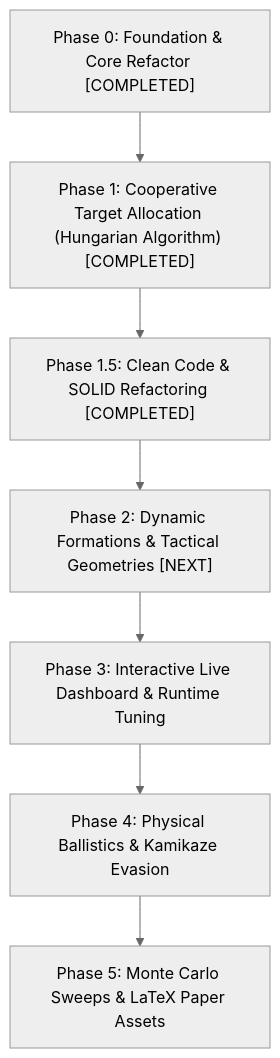
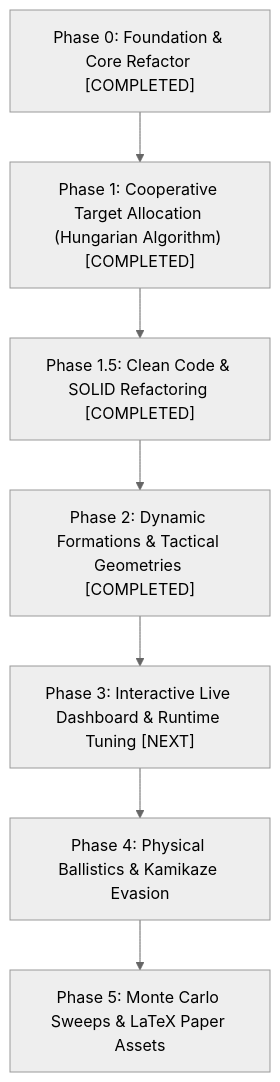
Before and after one commit to luizgiacomossi/Simulation_Wingman: the diagram in ROADMAP.md, drawn with Mermaid (neutral theme). The commit also changed other lines of this file and 6 other files, not shown here.

Commit message:
feat(formations): complete Phase 2 dynamic formations, hotkeys, and Hungarian re-formation (STEP 2.1-2.3)

````diff
--- a/ROADMAP.md
+++ b/ROADMAP.md
@@ -9,9 +9,9 @@
 ```mermaid
 flowchart TD
     P0["Phase 0: Foundation & Core Refactor [COMPLETED]"] --> P1["Phase 1: Cooperative Target Allocation (Hungarian Algorithm) [COMPLETED]"]
     P1 --> P1_5["Phase 1.5: Clean Code & SOLID Refactoring [COMPLETED]"]
-    P1_5 --> P2["Phase 2: Dynamic Formations & Tactical Geometries [NEXT]"]
-    P2 --> P3["Phase 3: Interactive Live Dashboard & Runtime Tuning"]
+    P1_5 --> P2["Phase 2: Dynamic Formations & Tactical Geometries [COMPLETED]"]
+    P2 --> P3["Phase 3: Interactive Live Dashboard & Runtime Tuning [NEXT]"]
     P3 --> P4["Phase 4: Physical Ballistics & Kamikaze Evasion"]
     P4 --> P5["Phase 5: Monte Carlo Sweeps & LaTeX Paper Assets"]
 ```
````
